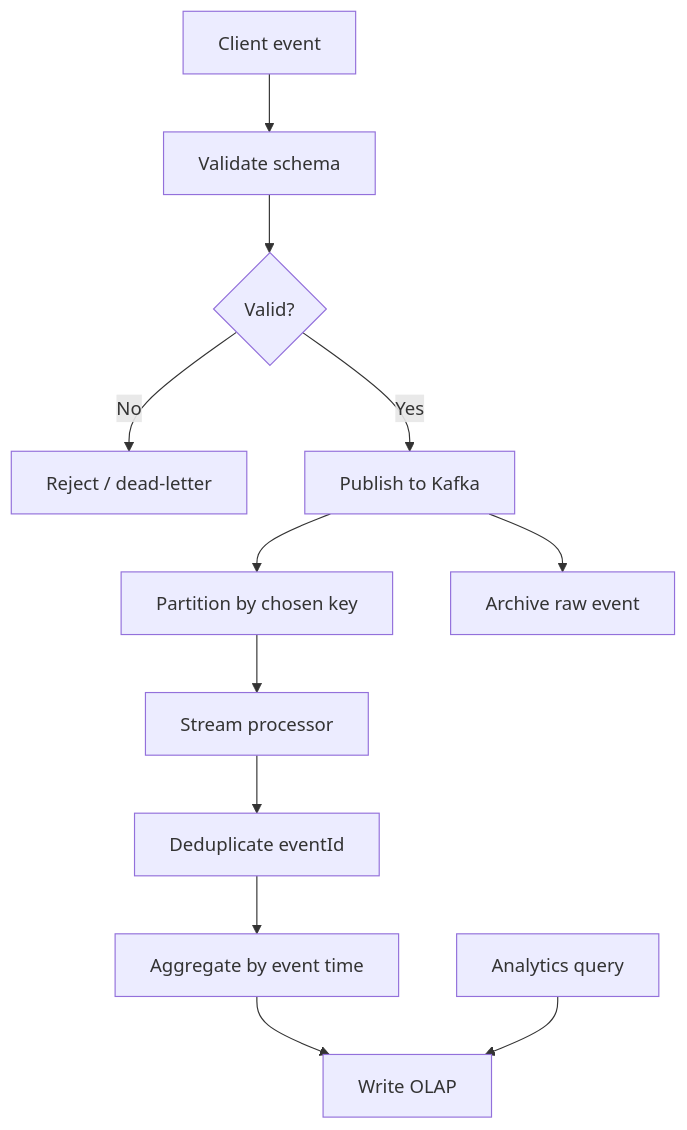
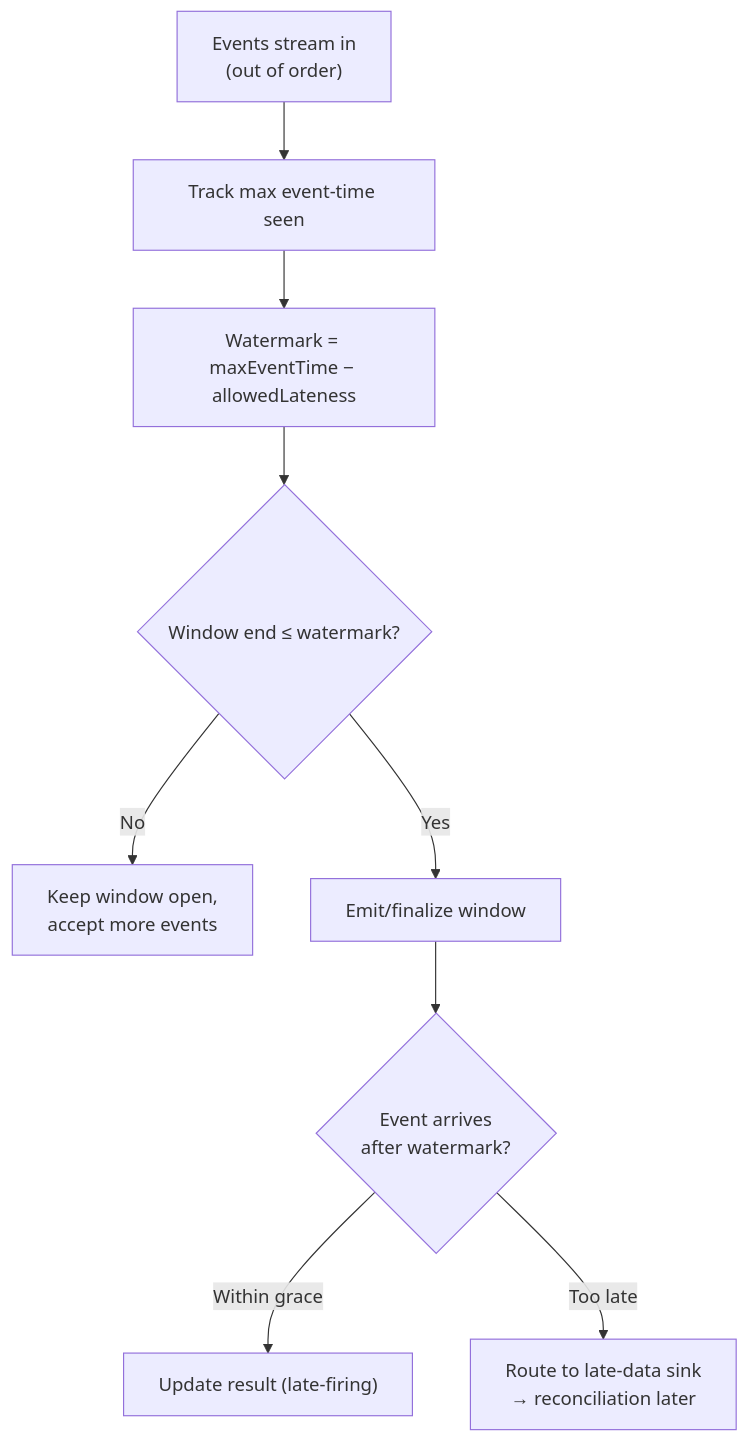
Before and after one commit to pankajThakur1874/studysheet: the seventh of 12 diagrams in files/07-design-questions/15-analytics-event-tracking.md, drawn with Mermaid. The commit also changed other lines of this file and 5 other files, not shown here.

````diff
--- a/files/07-design-questions/15-analytics-event-tracking.md
+++ b/files/07-design-questions/15-analytics-event-tracking.md
@@ -90,14 +345,11 @@
 ```mermaid
 flowchart TD
-    A[Client event] --> B[Validate schema]
-    B --> C{"Valid?"}
-    C -->|No| D["Reject / dead-letter"]
-    C -->|Yes| E[Publish to Kafka]
-    E --> F[Partition by chosen key]
-    F --> G[Stream processor]
-    G --> H[Deduplicate eventId]
-    H --> I[Aggregate by event time]
-    I --> J[Write OLAP]
-    E --> K[Archive raw event]
-    L[Analytics query] --> J
+    A["Events stream in<br/>(out of order)"] --> B["Track max event-time seen"]
+    B --> C["Watermark = maxEventTime − allowedLateness"]
+    C --> D{"Window end ≤ watermark?"}
+    D -->|No| E["Keep window open,<br/>accept more events"]
+    D -->|Yes| F["Emit/finalize window"]
+    F --> G{"Event arrives<br/>after watermark?"}
+    G -->|Within grace| H["Update result (late-firing)"]
+    G -->|Too late| I["Route to late-data sink<br/>→ reconciliation later"]
 ```
````
